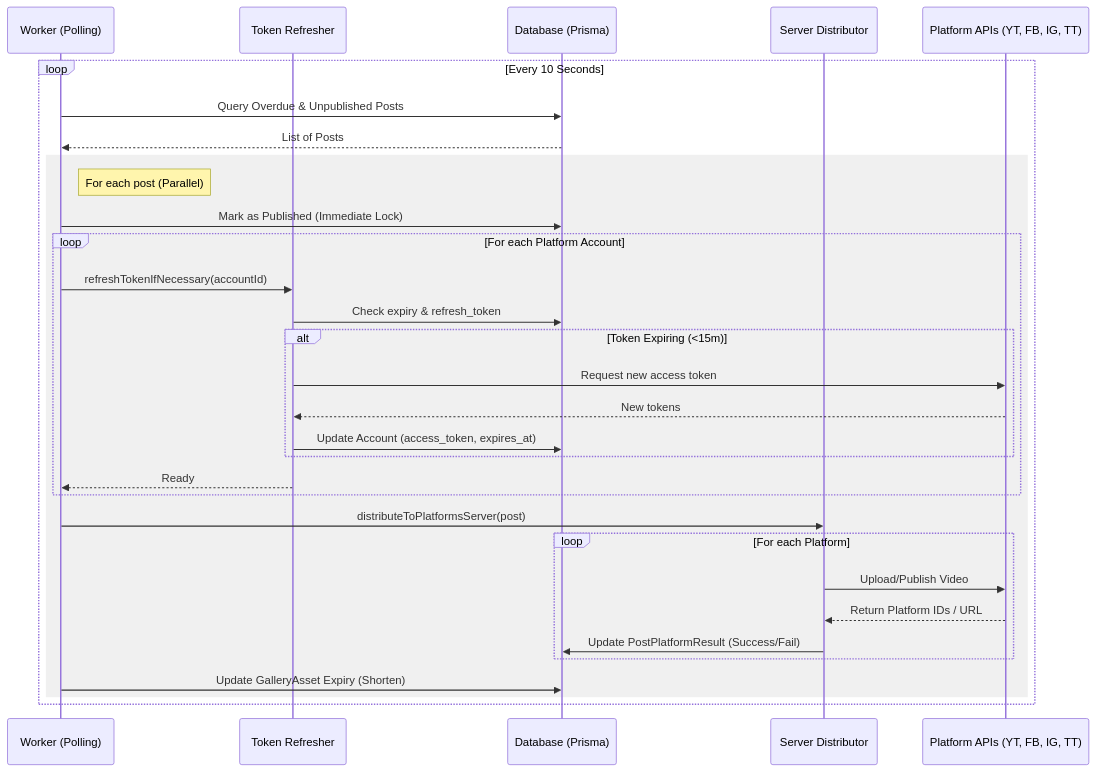
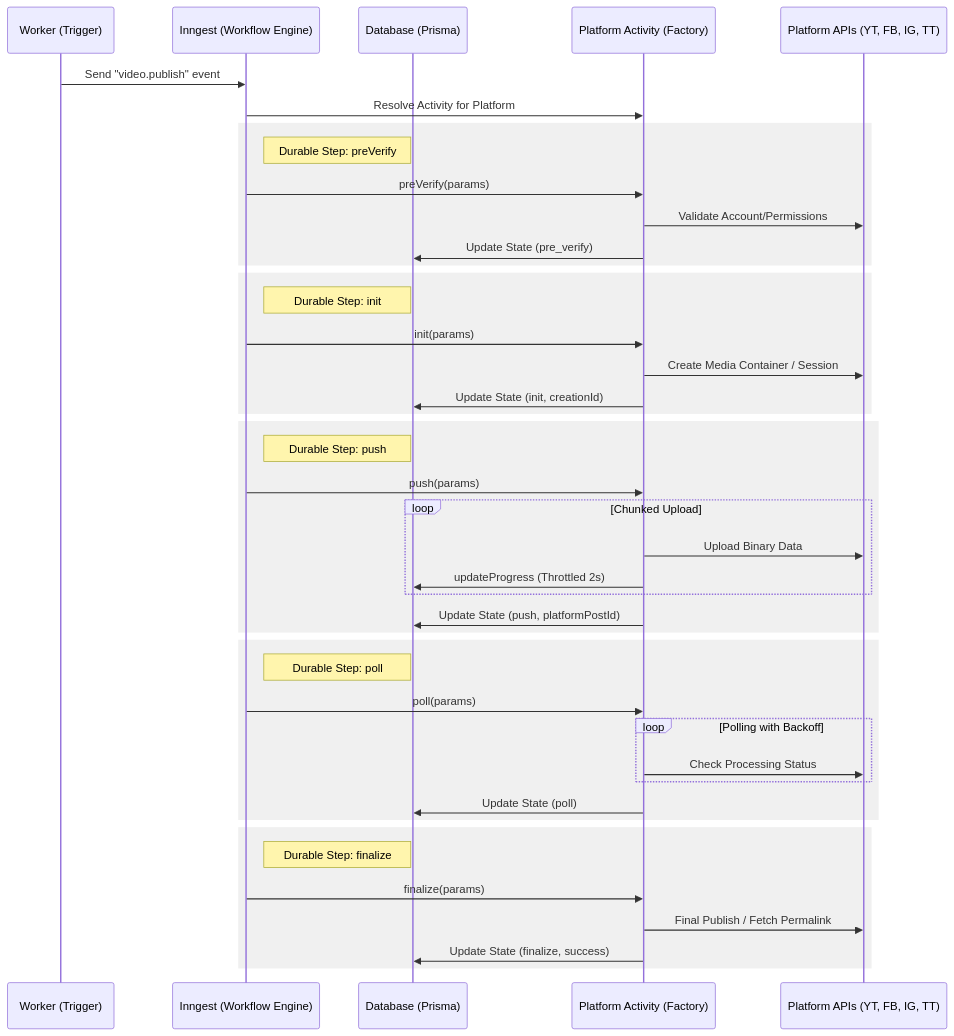
Before and after one commit to thoufeeque22/directly.social: the diagram in docs/architecture/PUBLISHING_WORKFLOWS.md, drawn with Mermaid. The commit also changed other lines of this file and 3 other files, not shown here.

````diff
--- a/docs/architecture/PUBLISHING_WORKFLOWS.md
+++ b/docs/architecture/PUBLISHING_WORKFLOWS.md
@@ -7,39 +7,51 @@
 ```mermaid
 sequenceDiagram
-    participant W as Worker (Polling)
-    participant TR as Token Refresher
+    participant W as Worker (Trigger)
+    participant I as Inngest (Workflow Engine)
     participant DB as Database (Prisma)
-    participant DIST as Server Distributor
+    participant ACT as Platform Activity (Factory)
     participant P as Platform APIs (YT, FB, IG, TT)
 
-    loop Every 10 Seconds
-        W->>DB: Query Overdue & Unpublished Posts
-        DB-->>W: List of Posts
-        
-        rect rgb(240, 240, 240)
-            note right of W: For each post (Parallel)
-            W->>DB: Mark as Published (Immediate Lock)
+    W->>I: Send "video.publish" event
+    I->>ACT: Resolve Activity for Platform
+    
+    rect rgb(240, 240, 240)
+        note right of I: Durable Step: preVerify
+        I->>ACT: preVerify(params)
+        ACT->>P: Validate Account/Permissions
+        ACT->>DB: Update State (pre_verify)
+    end
 
-            loop For each Platform Account
-                W->>TR: refreshTokenIfNecessary(accountId)
-                TR->>DB: Check expiry & refresh_token
-                alt Token Expiring (<15m)
-                   TR->>P: Request new access token
-                   P-->>TR: New tokens
-                   TR->>DB: Update Account (access_token, expires_at)
-                end
-                TR-->>W: Ready
-            end
+    rect rgb(240, 240, 240)
+        note right of I: Durable Step: init
+        I->>ACT: init(params)
+        ACT->>P: Create Media Container / Session
+        ACT->>DB: Update State (init, creationId)
+    end
 
-            W->>DIST: distributeToPlatformsServer(post)
-            
-            loop For each Platform
-                DIST->>P: Upload/Publish Video
-                P-->>DIST: Return Platform IDs / URL
-                DIST->>DB: Update PostPlatformResult (Success/Fail)
-            end
-            
-            W->>DB: Update GalleryAsset Expiry (Shorten)
+    rect rgb(240, 240, 240)
+        note right of I: Durable Step: push
+        I->>ACT: push(params)
+        loop Chunked Upload
+            ACT->>P: Upload Binary Data
+            ACT->>DB: updateProgress (Throttled 2s)
         end
+        ACT->>DB: Update State (push, platformPostId)
+    end
+
+    rect rgb(240, 240, 240)
+        note right of I: Durable Step: poll
+        I->>ACT: poll(params)
+        loop Polling with Backoff
+            ACT->>P: Check Processing Status
+        end
+        ACT->>DB: Update State (poll)
+    end
+
+    rect rgb(240, 240, 240)
+        note right of I: Durable Step: finalize
+        I->>ACT: finalize(params)
+        ACT->>P: Final Publish / Fetch Permalink
+        ACT->>DB: Update State (finalize, success)
     end
 ```
````
